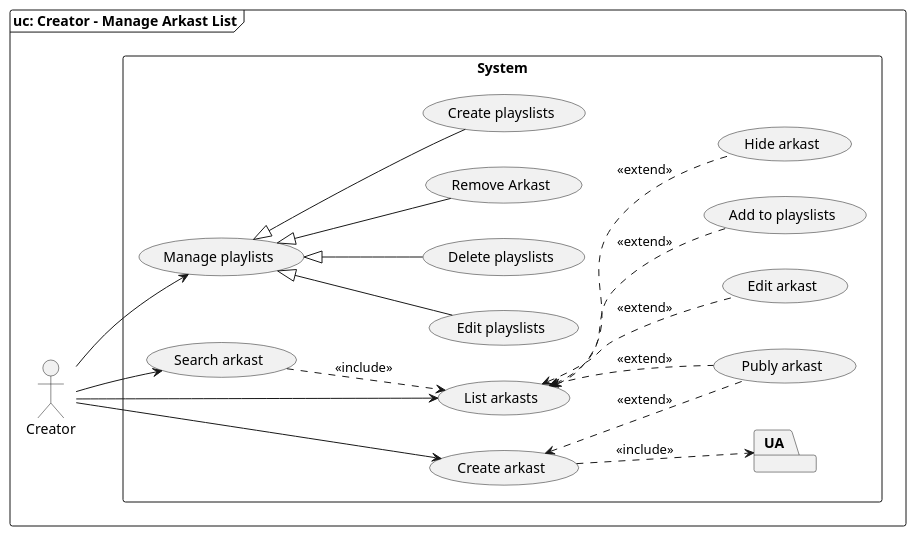
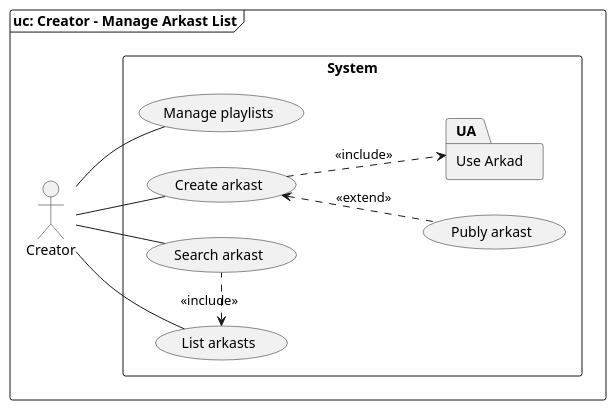
One commit to SSMM0498/arkad-conception changed the diagram in models/1.UseCase/2.2.UseCase.puml. Above: the diagram before and after it, drawn with PlantUML. The commit also changed 5 other files, not shown here.

```diff
--- a/models/1.UseCase/2.2.UseCase.puml
+++ b/models/1.UseCase/2.2.UseCase.puml
@@ -1,32 +1,29 @@
 @startuml UseCase
 left to right direction
 skinparam shadowing false
 skinparam monochrome true
 
 frame "uc: Creator - Manage Arkast List" {
     actor Creator
 
     rectangle System {
+        (Create arkast)
+        (Search arkast)
+        (List arkasts)
+        (Manage playlists)
+        (Publy arkast)
+        package "Use Arkad" as UA {
 
-        :Creator: --> (Create arkast)
-        :Creator: --> (Search arkast)
-        :Creator: --> (List arkasts)
-        :Creator: --> (Manage playlists)
-        (Search arkast) ..> (List arkasts) : << include >>
-        (Create arkast) <.. (Publy arkast) : << extend >>
-        (List arkasts) <.. (Hide arkast) : << extend >>
-        (List arkasts) <.. (Edit arkast) : << extend >>
-        (List arkasts) <.. (Publy arkast) : << extend >>
-        (List arkasts) <.. (Add to playslists) : << extend >>
-        (Manage playlists) <|-- (Create playslists)
-        (Manage playlists) <|-- (Edit playslists)
-        (Manage playlists) <|-- (Delete playslists)
-        (Manage playlists) <|-- (Remove Arkast)
-        (Create arkast) ..> UA : << include >>
-        package "Use Arkad" as UA {
-                
         }
     }
+    (Search arkast) .left.> (List arkasts) : << include >>
+    (Create arkast) <.. (Publy arkast) : << extend >>
+    (Create arkast) ..> UA : << include >>
+
+    :Creator: -- (Create arkast)
+    :Creator: -- (Search arkast)
+    :Creator: -- (List arkasts)
+    :Creator: -- (Manage playlists)
 }
 
 @enduml
```
